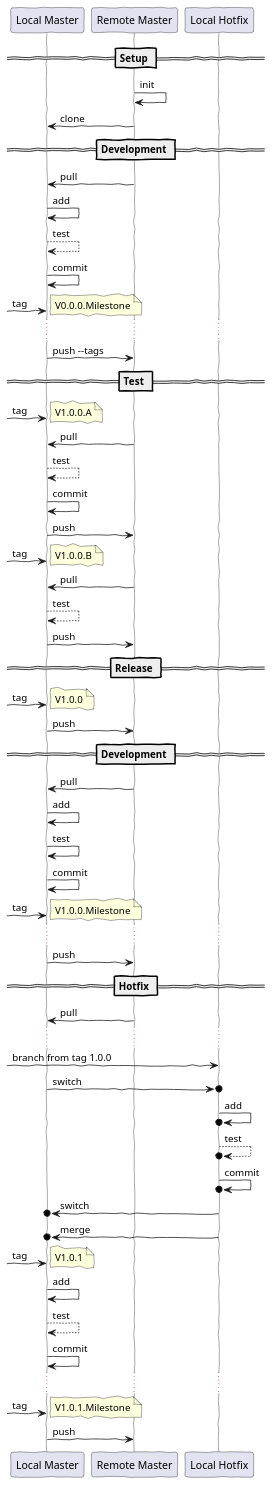
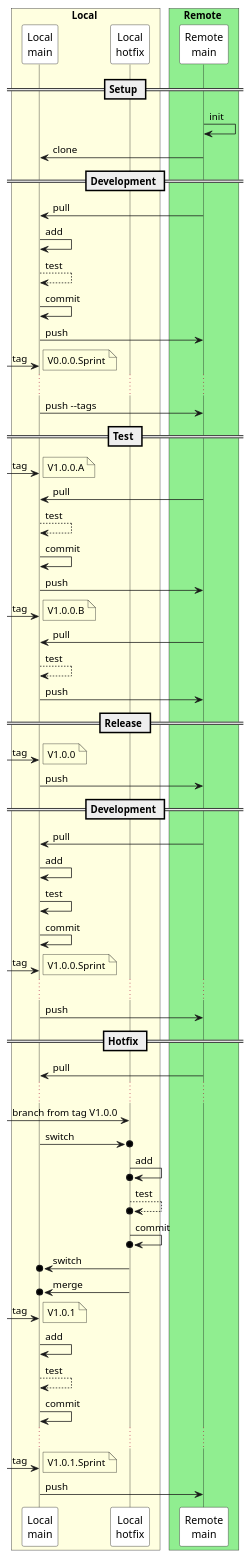
One commit to braboj/tutorial-git changed the diagram in Assets/uml/git-workflow-proposal.puml. Above: the diagram before and after it, drawn with PlantUML. The commit also changed 1 other file, not shown here.

```diff
--- a/Assets/uml/git-workflow-proposal.puml
+++ b/Assets/uml/git-workflow-proposal.puml
@@ -1,77 +1,88 @@
 @startuml
 skinparam lifelineStrategy solid
+skinparam ParticipantPadding 10
+skinparam BoxPadding 5
+
+box Local #LightYellow
+participant "Local\nmain" as Local #White
+participant "Local\nhotfix" as Hotfix #White
+end box
+
+box Remote #LightGreen
+participant "Remote\nmain" as Remote #White
+end box
+
 'skinparam backgroundColor #EEEBDC
-skinparam handwritten true
-participant "Local Master" as Local
-participant "Remote Master" as Remote
-participant "Local Hotfix" as Hotfix
+'skinparam handwritten true
+
 
 == Setup ==
 Remote -> Remote: init
 Remote -> Local: clone
 
 == Development ==
 Remote -> Local: pull
 Local -> Local: add
 Local --> Local: test
 Local -> Local: commit
+Local -> Remote: push
 
 [-> Local: tag
-note right: V0.0.0.Milestone
+note right: V0.0.0.Sprint
 ...
 Local -> Remote: push --tags
 
 == Test ==
 
 [-> Local: tag
 note right: V1.0.0.A
 Remote -> Local: pull
 Local --> Local: test
 Local -> Local: commit
 Local -> Remote: push
 
 [-> Local: tag
 note right: V1.0.0.B
 Remote -> Local: pull
 Local --> Local: test
 Local -> Remote: push
 
 == Release ==
 [-> Local: tag
 note right: V1.0.0
 Local -> Remote: push
 
 == Development ==
 Remote -> Local: pull
 Local -> Local: add
 Local -> Local: test
 Local -> Local: commit
 
 [-> Local: tag
-note right: V1.0.0.Milestone
+note right: V1.0.0.Sprint
 ...
 Local -> Remote: push
 
 
 == Hotfix ==
 Remote -> Local: pull
 ...
 
-[-> Hotfix: branch from tag 1.0.0
+[-> Hotfix: branch from tag V1.0.0
 Local ->o Hotfix: switch
 Hotfix ->o Hotfix: add
 Hotfix -->o Hotfix: test
 Hotfix ->o Hotfix: commit
 Hotfix ->o Local: switch
 Hotfix ->o Local: merge
 [-> Local: tag
 note right: V1.0.1
 
 Local -> Local: add
 Local --> Local: test
 Local -> Local: commit
 ...
 [-> Local: tag
-note right: V1.0.1.Milestone
+note right: V1.0.1.Sprint
 Local -> Remote: push
 @enduml
```
